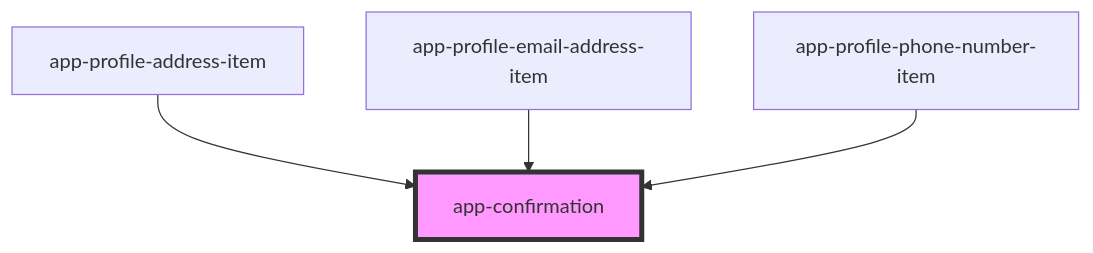
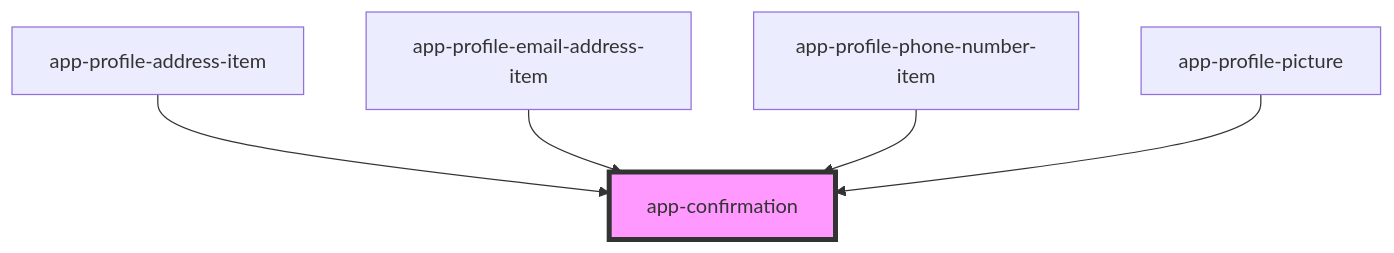
One commit to lokheed/IconEventNetwork.Web changed the diagram in iconeventnetwork-web/src/components/app-confirmation/readme.md. Above: the diagram before and after it, drawn with Mermaid. The commit also changed other lines of this file and 11 other files, not shown here.

````diff
--- a/iconeventnetwork-web/src/components/app-confirmation/readme.md
+++ b/iconeventnetwork-web/src/components/app-confirmation/readme.md
@@ -34,7 +35,8 @@
 ```mermaid
 graph TD;
   app-profile-address-item --> app-confirmation
   app-profile-email-address-item --> app-confirmation
   app-profile-phone-number-item --> app-confirmation
+  app-profile-picture --> app-confirmation
   style app-confirmation fill:#f9f,stroke:#333,stroke-width:4px
 ```
````
